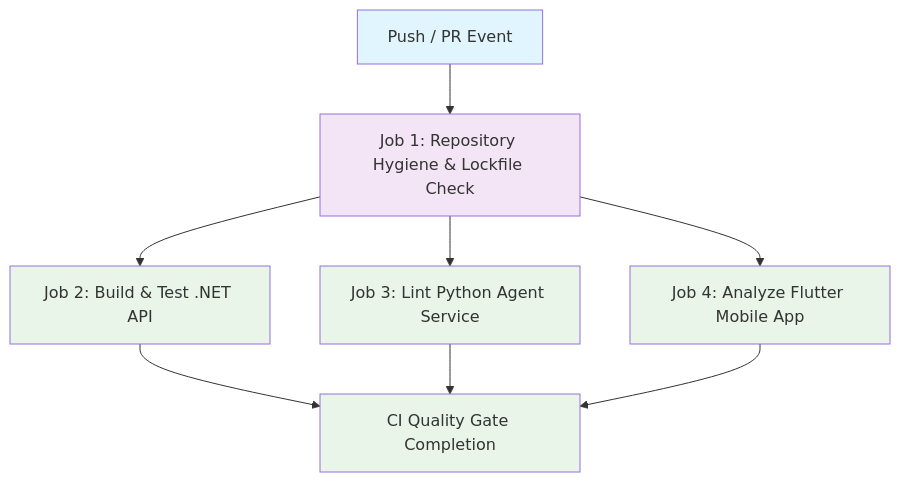
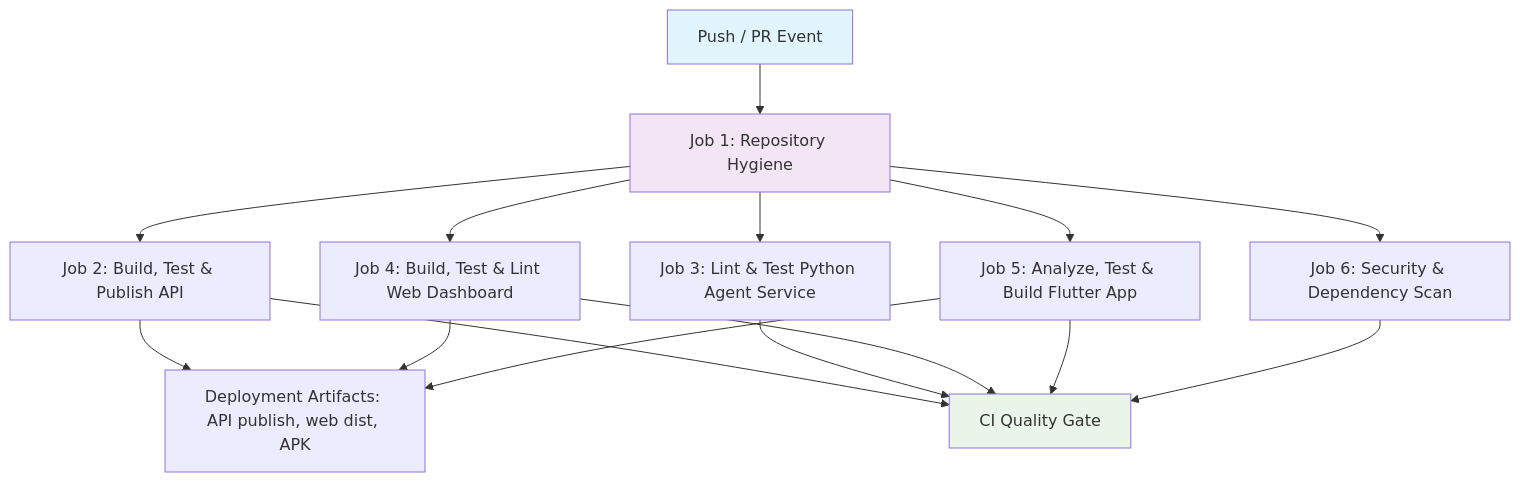
One commit to KavinduNirmal/aveline changed the diagram in spec/spec-process-cicd-ci.md. Above: the diagram before and after it, drawn with Mermaid. The commit also changed other lines of this file and 5 other files, not shown here.

````diff
--- a/spec/spec-process-cicd-ci.md
+++ b/spec/spec-process-cicd-ci.md
@@ -18,17 +23,21 @@
 ```mermaid
 graph TD
-    Trigger[Push / PR Event] --> Hygiene[Job 1: Repository Hygiene & Lockfile Check]
-    Hygiene --> BuildApi[Job 2: Build & Test .NET API]
-    Hygiene --> LintPython[Job 3: Lint Python Agent Service]
-    Hygiene --> AnalyzeFlutter[Job 4: Analyze Flutter Mobile App]
-    BuildApi --> EndState[CI Quality Gate Completion]
-    LintPython --> EndState
-    AnalyzeFlutter --> EndState
+    Trigger[Push / PR Event] --> Hygiene[Job 1: Repository Hygiene]
+    Hygiene --> BuildApi[Job 2: Build, Test & Publish API]
+    Hygiene --> TestPython[Job 3: Lint & Test Python Agent Service]
+    Hygiene --> TestWeb[Job 4: Build, Test & Lint Web Dashboard]
+    Hygiene --> TestFlutter[Job 5: Analyze, Test & Build Flutter App]
+    Hygiene --> Security[Job 6: Security & Dependency Scan]
+    BuildApi --> Artifacts[Deployment Artifacts: API publish, web dist, APK]
+    TestWeb --> Artifacts
+    TestFlutter --> Artifacts
+    BuildApi --> Gate[CI Quality Gate]
+    TestPython --> Gate
+    TestWeb --> Gate
+    TestFlutter --> Gate
+    Security --> Gate
 
     style Trigger fill:#e1f5fe
     style Hygiene fill:#f3e5f5
-    style BuildApi fill:#e8f5e8
-    style LintPython fill:#e8f5e8
-    style AnalyzeFlutter fill:#e8f5e8
-    style EndState fill:#e8f5e8
+    style Gate fill:#e8f5e8
 ```
````
